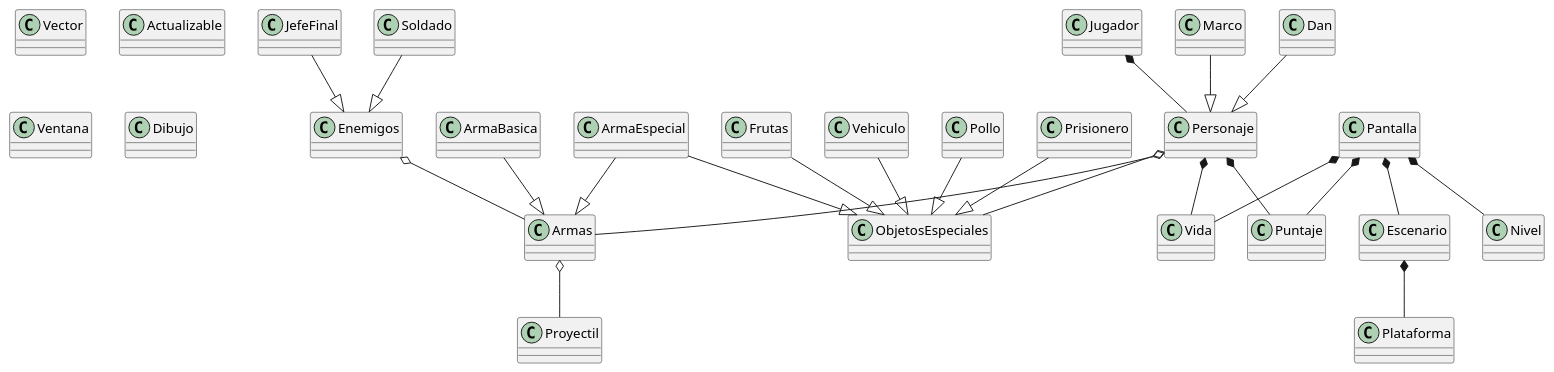
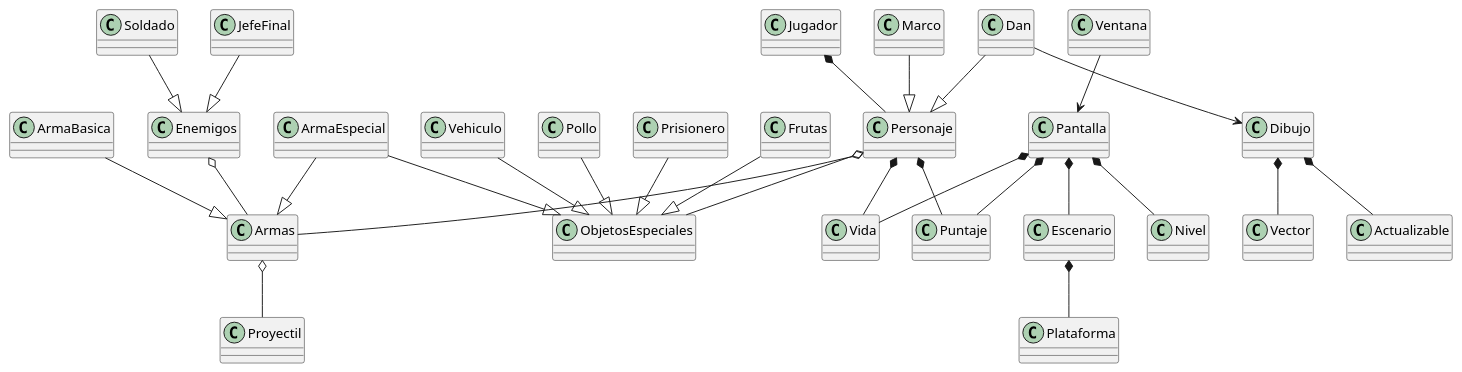
The diagram in docs/diagrama de Metal Slug Gael Silva (1).puml (Gael2586/proyecto-MSG), drawn with PlantUML before and after one commit.

Commit message:
diagramita

```diff
--- a/docs/diagrama de Metal Slug Gael Silva (1).puml
+++ b/docs/diagrama de Metal Slug Gael Silva (1).puml
@@ -1,49 +1,54 @@
 
 class Jugador
 class Vector
 class Actualizable
 class Ventana
 class Dibujo
 class Escenario
 class Armas
 class ArmaBasica
 class ArmaEspecial
 class Vida
 Class Proyectil
 class Marco 
 class Dan 
 Class Puntaje 
 class ObjetosEspeciales
 class Vehiculo
 class Plataforma
 class Enemigos
 class Soldado
 class JefeFinal
 class Pollo 
 class Prisionero
 class Frutas 
 class Nivel 
 
+
+Ventana --> Pantalla
 Jugador *-- Personaje
+Dibujo *-- Actualizable
+Dibujo *-- Vector
+Dan --> Dibujo
 Personaje o-- Armas 
 Personaje o-- ObjetosEspeciales 
 Enemigos o-- Armas
 Personaje *-- Puntaje
 Armas o-- Proyectil 
 Pantalla *-- Escenario 
 Escenario *-- Plataforma
 Pantalla *-- Vida 
 Pantalla *-- Puntaje 
 Pantalla *-- Nivel
 Personaje *-- Vida
 Marco --|> Personaje 
 Dan --|> Personaje 
 ArmaBasica --|> Armas 
 ArmaEspecial --|> Armas 
 Soldado --|> Enemigos 
 JefeFinal --|> Enemigos 
 Prisionero --|> ObjetosEspeciales 
 Pollo --|> ObjetosEspeciales 
 Frutas --|> ObjetosEspeciales 
 Vehiculo --|> ObjetosEspeciales 
 ArmaEspecial --|> ObjetosEspeciales 
```
